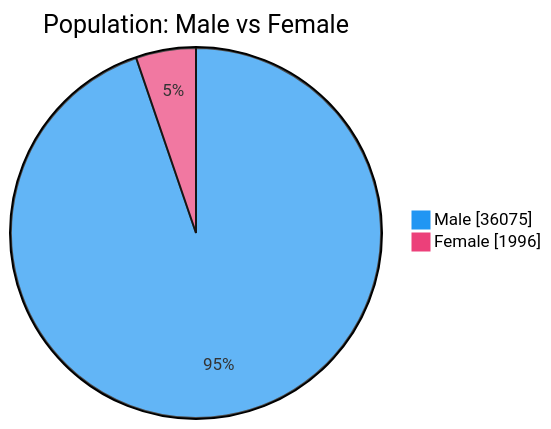
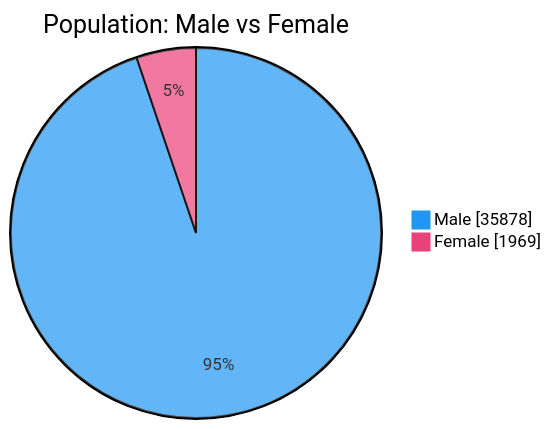
One commit to nuuuwan/lk_prisons changed the second of 7 diagrams in README.md. Above: the diagram before and after it, drawn with Mermaid. The commit also changed other lines of this file and 1 other file, not shown here.

````diff
--- a/README.md
+++ b/README.md
@@ -54,6 +54,6 @@
 ```mermaid
 %%{init: {'themeVariables': {'pie1': '#2196F3', 'pie2': '#EC407A'}}}%%
 pie showData title Population: Male vs Female
-    "Male" : 36075
-    "Female" : 1996
+    "Male" : 35878
+    "Female" : 1969
 ```
````
